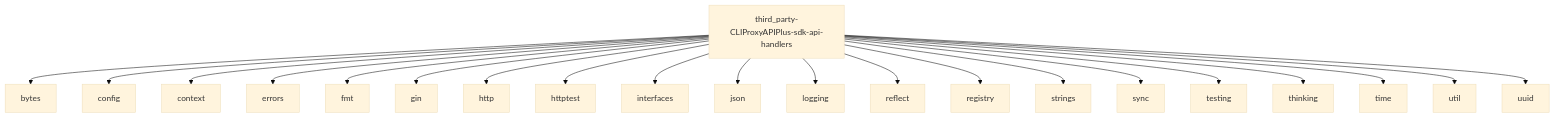
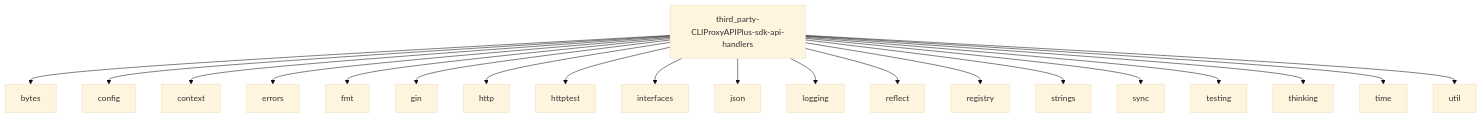
One commit to 0xTract0r/quotio changed the diagram in .agentlens/modules/third_party-CLIProxyAPIPlus-sdk-api-handlers/imports.md. Above: the diagram before and after it, drawn with Mermaid (base theme). The commit also changed other lines of this file and 126 other files, not shown here.

````diff
--- a/.agentlens/modules/third_party-CLIProxyAPIPlus-sdk-api-handlers/imports.md
+++ b/.agentlens/modules/third_party-CLIProxyAPIPlus-sdk-api-handlers/imports.md
@@ -7,23 +7,22 @@
 ```mermaid
 graph TD
     third_party_CLIProxyAPIPlus_sdk_api_handlers[third_party-CLIProxyAPIPlus-sdk-api-handlers] --> bytes[bytes]
     third_party_CLIProxyAPIPlus_sdk_api_handlers[third_party-CLIProxyAPIPlus-sdk-api-handlers] --> config[config]
     third_party_CLIProxyAPIPlus_sdk_api_handlers[third_party-CLIProxyAPIPlus-sdk-api-handlers] --> context[context]
     third_party_CLIProxyAPIPlus_sdk_api_handlers[third_party-CLIProxyAPIPlus-sdk-api-handlers] --> errors[errors]
     third_party_CLIProxyAPIPlus_sdk_api_handlers[third_party-CLIProxyAPIPlus-sdk-api-handlers] --> fmt[fmt]
     third_party_CLIProxyAPIPlus_sdk_api_handlers[third_party-CLIProxyAPIPlus-sdk-api-handlers] --> gin[gin]
     third_party_CLIProxyAPIPlus_sdk_api_handlers[third_party-CLIProxyAPIPlus-sdk-api-handlers] --> http[http]
     third_party_CLIProxyAPIPlus_sdk_api_handlers[third_party-CLIProxyAPIPlus-sdk-api-handlers] --> httptest[httptest]
     third_party_CLIProxyAPIPlus_sdk_api_handlers[third_party-CLIProxyAPIPlus-sdk-api-handlers] --> interfaces[interfaces]
     third_party_CLIProxyAPIPlus_sdk_api_handlers[third_party-CLIProxyAPIPlus-sdk-api-handlers] --> json[json]
     third_party_CLIProxyAPIPlus_sdk_api_handlers[third_party-CLIProxyAPIPlus-sdk-api-handlers] --> logging[logging]
     third_party_CLIProxyAPIPlus_sdk_api_handlers[third_party-CLIProxyAPIPlus-sdk-api-handlers] --> reflect[reflect]
     third_party_CLIProxyAPIPlus_sdk_api_handlers[third_party-CLIProxyAPIPlus-sdk-api-handlers] --> registry[registry]
     third_party_CLIProxyAPIPlus_sdk_api_handlers[third_party-CLIProxyAPIPlus-sdk-api-handlers] --> strings[strings]
     third_party_CLIProxyAPIPlus_sdk_api_handlers[third_party-CLIProxyAPIPlus-sdk-api-handlers] --> sync[sync]
     third_party_CLIProxyAPIPlus_sdk_api_handlers[third_party-CLIProxyAPIPlus-sdk-api-handlers] --> testing[testing]
     third_party_CLIProxyAPIPlus_sdk_api_handlers[third_party-CLIProxyAPIPlus-sdk-api-handlers] --> thinking[thinking]
     third_party_CLIProxyAPIPlus_sdk_api_handlers[third_party-CLIProxyAPIPlus-sdk-api-handlers] --> time[time]
     third_party_CLIProxyAPIPlus_sdk_api_handlers[third_party-CLIProxyAPIPlus-sdk-api-handlers] --> util[util]
-    third_party_CLIProxyAPIPlus_sdk_api_handlers[third_party-CLIProxyAPIPlus-sdk-api-handlers] --> uuid[uuid]
 ```
````
